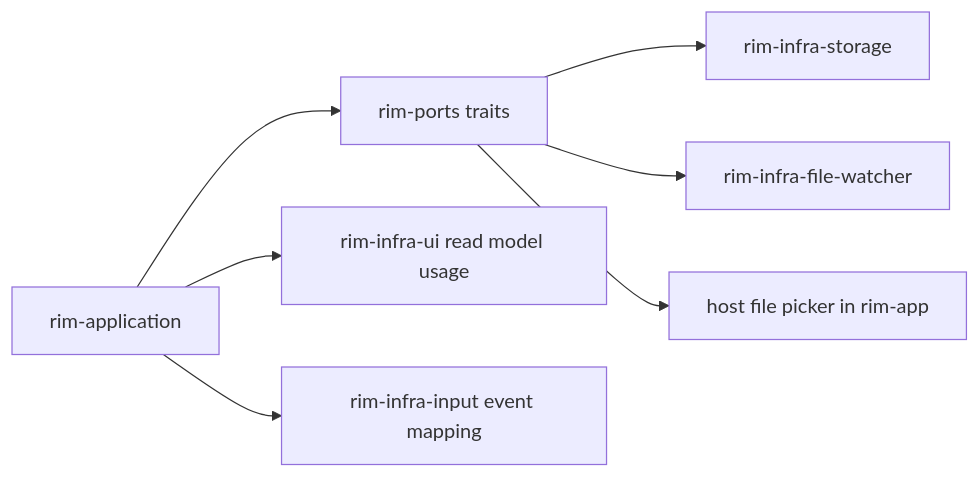
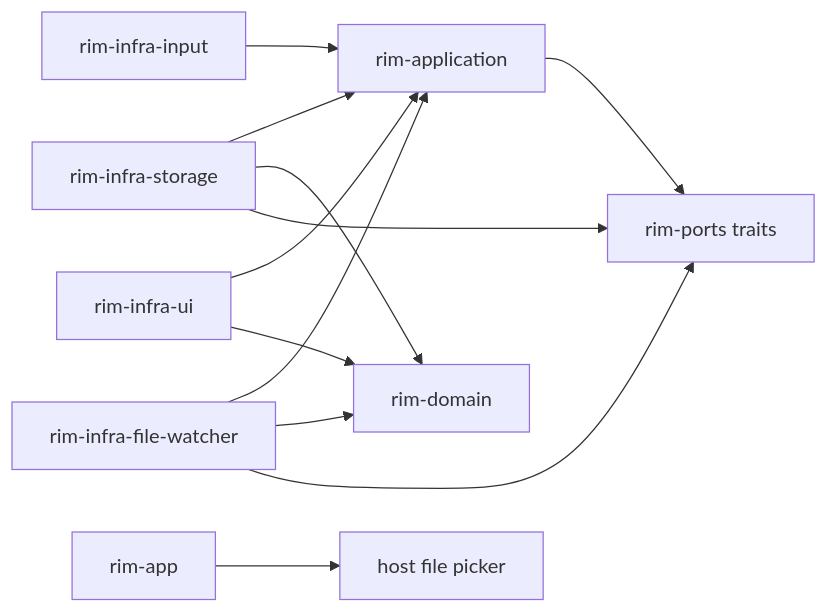
One commit to zooeywm/rim changed the diagram in docs/src/content/docs/architecture/ports-and-adapters.mdx. Above: the diagram before and after it, drawn with Mermaid. The commit also changed 8 other files, not shown here.

````diff
--- a/docs/src/content/docs/architecture/ports-and-adapters.mdx
+++ b/docs/src/content/docs/architecture/ports-and-adapters.mdx
@@ -27,9 +27,14 @@
 ```mermaid
 flowchart LR
     Application["rim-application"] --> Ports["rim-ports traits"]
-    Ports --> Storage["rim-infra-storage"]
-    Ports --> Watcher["rim-infra-file-watcher"]
-    Ports --> Picker["host file picker in rim-app"]
-    Application --> UI["rim-infra-ui read model usage"]
-    Application --> Input["rim-infra-input event mapping"]
+    Storage["rim-infra-storage"] --> Application
+    Storage --> Domain["rim-domain"]
+    Storage --> Ports
+    Watcher["rim-infra-file-watcher"] --> Application
+    Watcher --> Domain
+    Watcher --> Ports
+    UI["rim-infra-ui"] --> Application
+    UI --> Domain
+    Input["rim-infra-input"] --> Application
+    App["rim-app"] --> Picker["host file picker"]
 ```
````
